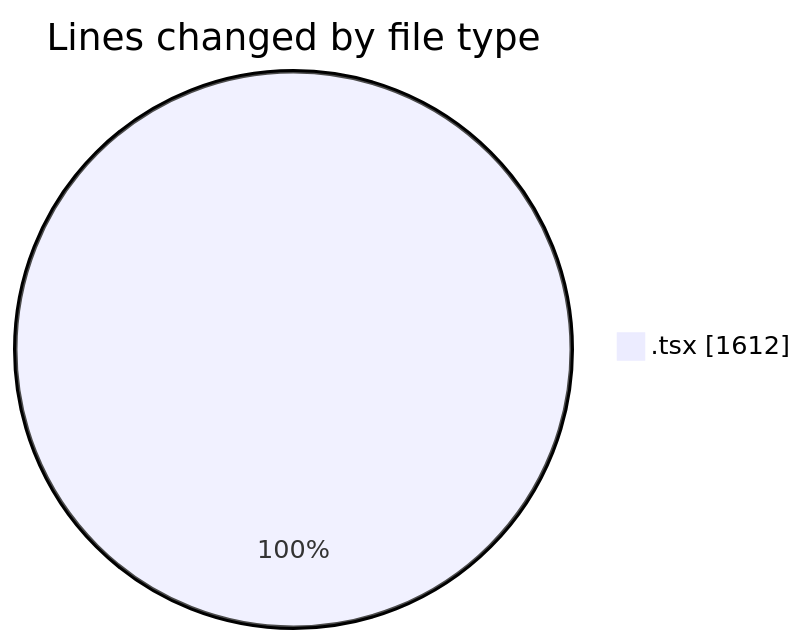
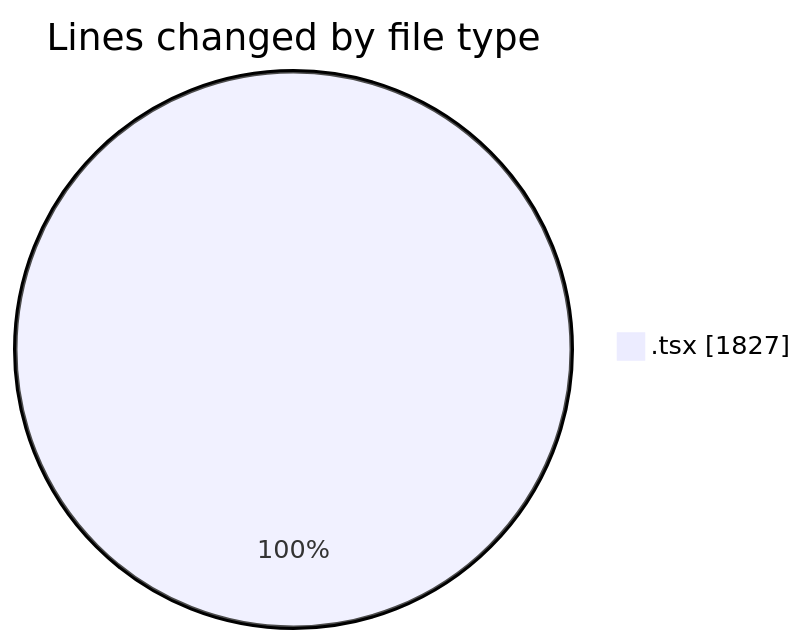
One commit to nxtqubesakshisongat/code-tracking changed the first of 2 diagrams in 2026-02-12/nxtqube_webapp/README.md. Above: the diagram before and after it, drawn with Mermaid. The commit also changed other lines of this file and 1 other file, not shown here.

````diff
--- a/2026-02-12/nxtqube_webapp/README.md
+++ b/2026-02-12/nxtqube_webapp/README.md
@@ -24,5 +25,5 @@
 ```mermaid
 pie showData
 title Lines changed by file type
-".tsx" : 1612
+".tsx" : 1827
 ```
````
